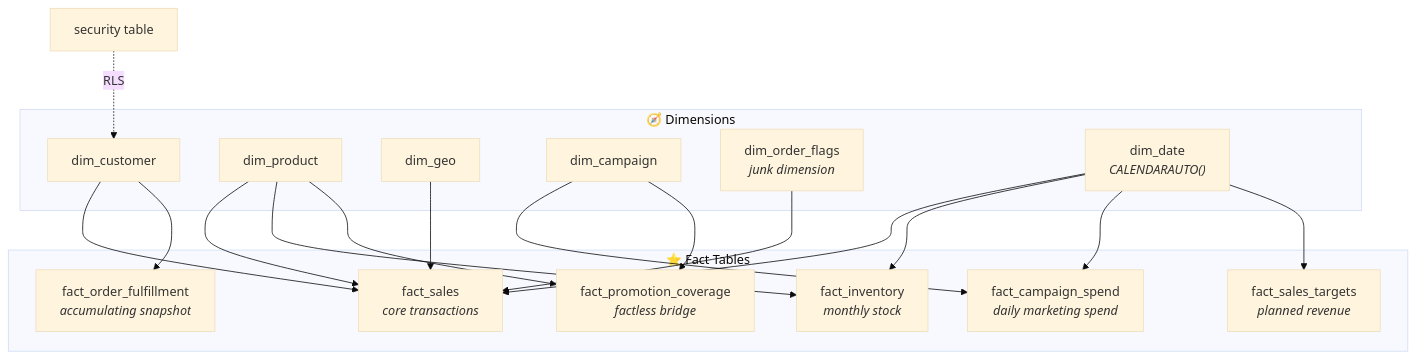
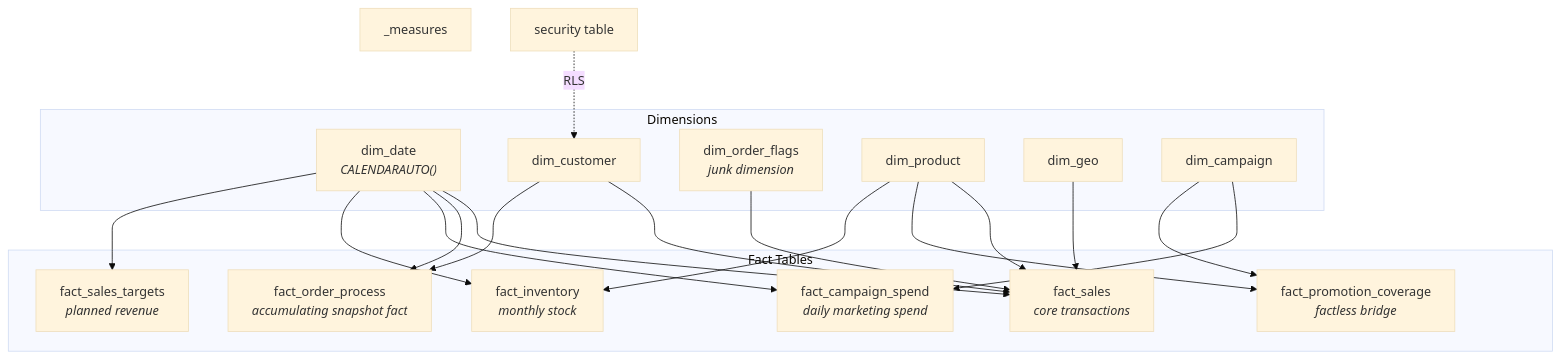
Before and after one commit to k-sahaj/Nightmare-data-remodeling-with-power-bi: the diagram in README.md, drawn with Mermaid (base theme). The commit also changed other lines of this file, not shown here.

````diff
--- a/README.md
+++ b/README.md
@@ -69,34 +68,42 @@
 ```mermaid
 flowchart TB
-    subgraph Facts["⭐ Fact Tables"]
+    subgraph Facts["Fact Tables"]
+        FT["fact_sales_targets<br/><i>planned revenue</i>"]
+        FO["fact_order_process<br/><i>accumulating snapshot fact</i>"]
         FS["fact_sales<br/><i>core transactions</i>"]
+        FP["fact_promotion_coverage<br/><i>factless bridge</i>"]
+        FC["fact_campaign_spend<br/><i>daily marketing spend</i>"]
         FI["fact_inventory<br/><i>monthly stock</i>"]
-        FC["fact_campaign_spend<br/><i>daily marketing spend</i>"]
-        FP["fact_promotion_coverage<br/><i>factless bridge</i>"]
-        FO["fact_order_fulfillment<br/><i>accumulating snapshot</i>"]
-        FT["fact_sales_targets<br/><i>planned revenue</i>"]
     end
-    subgraph Dims["🧭 Dimensions"]
+
+    subgraph Dims["Dimensions"]
+        DD["dim_date<br/><i>CALENDARAUTO()</i>"]
         DC["dim_customer"]
+        DF["dim_order_flags<br/><i>junk dimension</i>"]
         DP["dim_product"]
         DG["dim_geo"]
         DCa["dim_campaign"]
-        DF["dim_order_flags<br/><i>junk dimension</i>"]
-        DD["dim_date<br/><i>CALENDARAUTO()</i>"]
     end
+    MES["_measures"]
     SEC["security table"] -.RLS.-> DC
+    
+DC --> FS
+DC --> FO
 
-    DC --> FS
-    DC --> FO
-    DP --> FS
-    DP --> FI
-    DP --> FP
-    DG --> FS
-    DF --> FS
-    DCa --> FC
-    DCa --> FP
-    DD --> FS
-    DD --> FI
-    DD --> FC
-    DD --> FT
+DP --> FS
+DP --> FP
+DP --> FI
+
+DG --> FS
+
+DF --> FS
+
+DCa --> FC
+DCa --> FP
+
+DD --> FS
+DD --> FO
+DD --> FC
+DD --> FI
+DD --> FT
 ```
````
